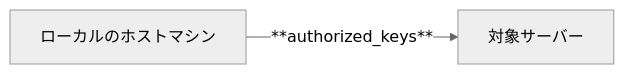
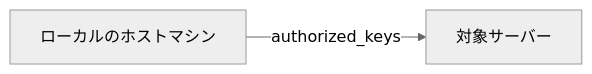
One commit to btbf/spojapanguild changed the diagram in docs/cardano/setup/ubuntu-setup.md. Above: the diagram before and after it, drawn with Mermaid (neutral theme). The commit also changed other lines of this file and 61 other files, not shown here.

````diff
--- a/docs/cardano/setup/ubuntu-setup.md
+++ b/docs/cardano/setup/ubuntu-setup.md
@@ -100,4 +100,4 @@
     ```mermaid
     graph LR
-        A[ローカルのホストマシン] -->|**authorized_keys**| B[対象サーバー];
-    ``` 
+        A[ローカルのホストマシン] -->|authorized_keys| B[対象サーバー];
+    ```
````
